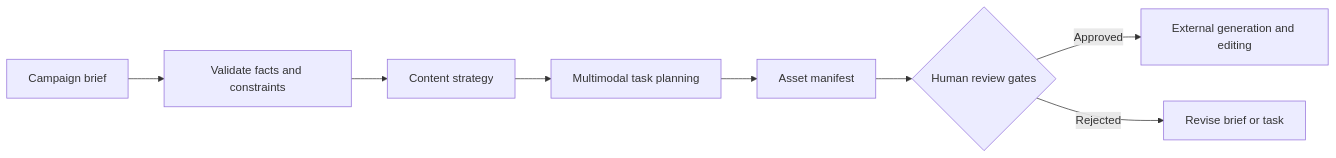
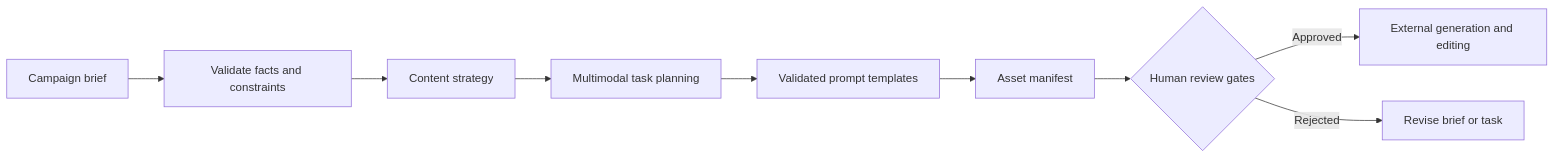
One commit to magicyao2028-pixel/aigc-content-production-studio changed the diagram in README.md. Above: the diagram before and after it, drawn with Mermaid. The commit also changed other lines of this file and 24 other files, not shown here.

````diff
--- a/README.md
+++ b/README.md
@@ -40,10 +43,11 @@
 ```mermaid
 flowchart LR
     B[Campaign brief] --> V[Validate facts and constraints]
     V --> S[Content strategy]
     S --> M[Multimodal task planning]
-    M --> A[Asset manifest]
+    M --> T[Validated prompt templates]
+    T --> A[Asset manifest]
     A --> G{Human review gates}
     G -->|Approved| E[External generation and editing]
     G -->|Rejected| R[Revise brief or task]
 ```
````
